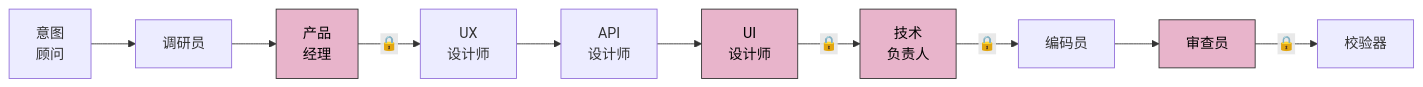
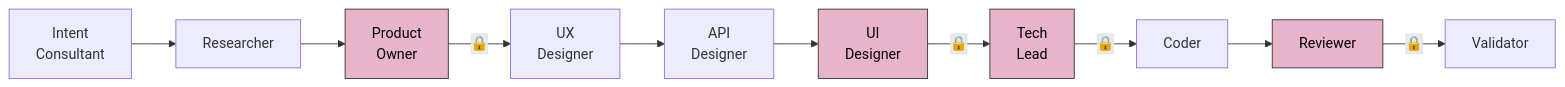
Before and after one commit to ZB-ur/mosaicat: the first of 3 diagrams in README.zh-CN.md, drawn with Mermaid. The commit also changed other lines of this file, not shown here.

First line of the commit message:
fix: Mermaid rendering + keep Agent names in English throughout CN README (#191)

````diff
--- a/README.zh-CN.md
+++ b/README.zh-CN.md
@@ -129,17 +129,17 @@
 ```mermaid
 graph LR
-    IC[意图<br/>顾问] --> R[调研员]
-    R --> PO[产品<br/>经理]
-    PO -->|"🔒"| UX[UX<br/>设计师]
-    UX --> API[API<br/>设计师]
-    API --> UI[UI<br/>设计师]
-    UI -->|"🔒"| TL[技术<br/>负责人]
-    TL -->|"🔒"| C[编码员]
-    C --> RV[审查员]
-    RV -->|"🔒"| V[校验器]
+    IC[Intent<br/>Consultant] --> R[Researcher]
+    R --> PO[Product<br/>Owner]
+    PO -->|"🔒"| UX[UX<br/>Designer]
+    UX --> API[API<br/>Designer]
+    API --> UI[UI<br/>Designer]
+    UI -->|"🔒"| TL[Tech<br/>Lead]
+    TL -->|"🔒"| C[Coder]
+    C --> RV[Reviewer]
+    RV -->|"🔒"| V[Validator]
 
     style PO fill:#e8b4cb,stroke:#333,color:#000
     style UI fill:#e8b4cb,stroke:#333,color:#000
     style TL fill:#e8b4cb,stroke:#333,color:#000
     style RV fill:#e8b4cb,stroke:#333,color:#000
 ```
````
